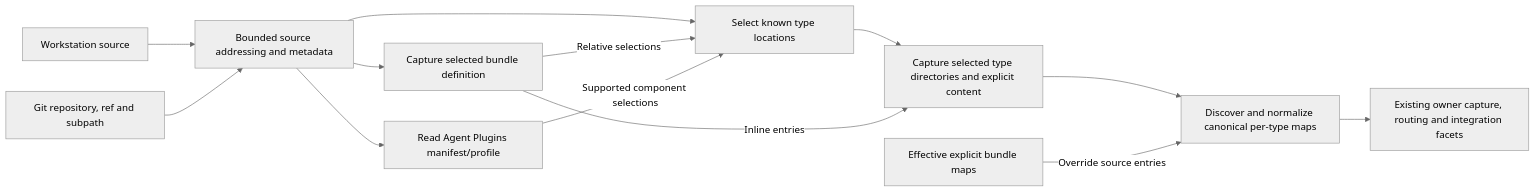
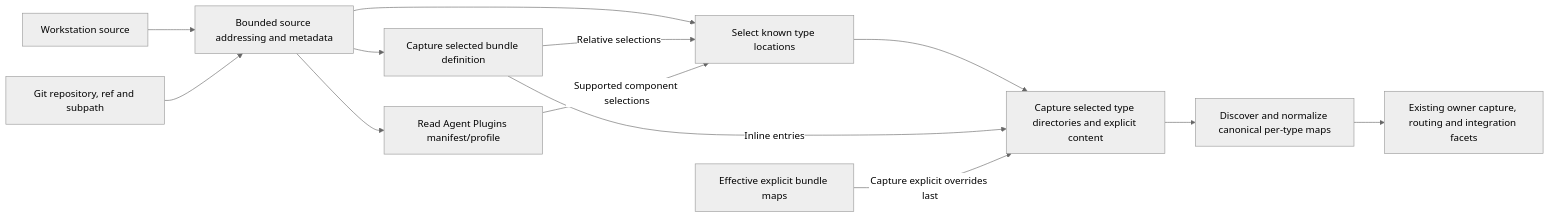
Before and after one commit to WayfarerLabs/agentworks: the diagram in docs/sdd/2026-11-15-artifact-bundle-sources/hla.md, drawn with Mermaid (neutral theme).

Commit message:
docs(sdd): route explicit bundle entries through capture
Agentworks-Session: agw-ns-harness-facets

````diff
--- a/docs/sdd/2026-11-15-artifact-bundle-sources/hla.md
+++ b/docs/sdd/2026-11-15-artifact-bundle-sources/hla.md
@@ -11,15 +11,15 @@
 ```mermaid
 flowchart LR
     L["Workstation source"] --> R["Bounded source addressing and metadata"]
     G["Git repository, ref and subpath"] --> R
     R --> D["Select known type locations"]
     R --> B["Capture selected bundle definition"]
     R --> P["Read Agent Plugins manifest/profile"]
     B -->|Relative selections| D
     P -->|Supported component selections| D
     D --> A["Capture selected type directories and explicit content"]
     B -->|Inline entries| A
     A --> N["Discover and normalize canonical per-type maps"]
-    E["Effective explicit bundle maps"] -->|Override source entries| N
+    E["Effective explicit bundle maps"] -->|Capture explicit overrides last| A
     N --> C["Existing owner capture, routing and integration facets"]
 ```
````
